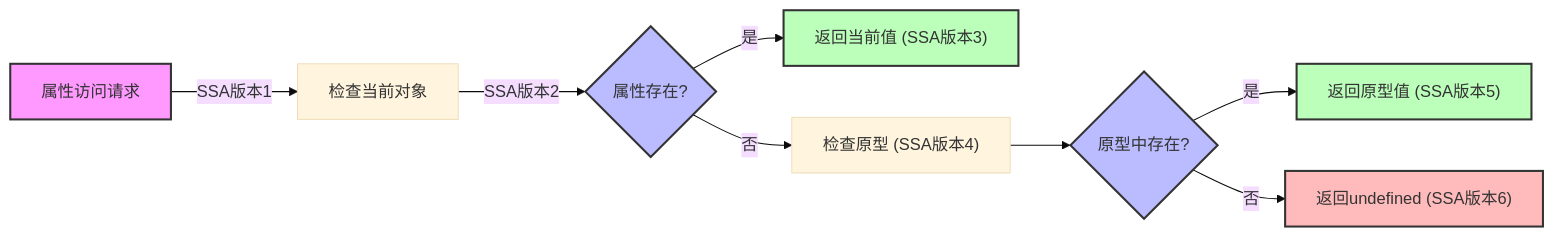
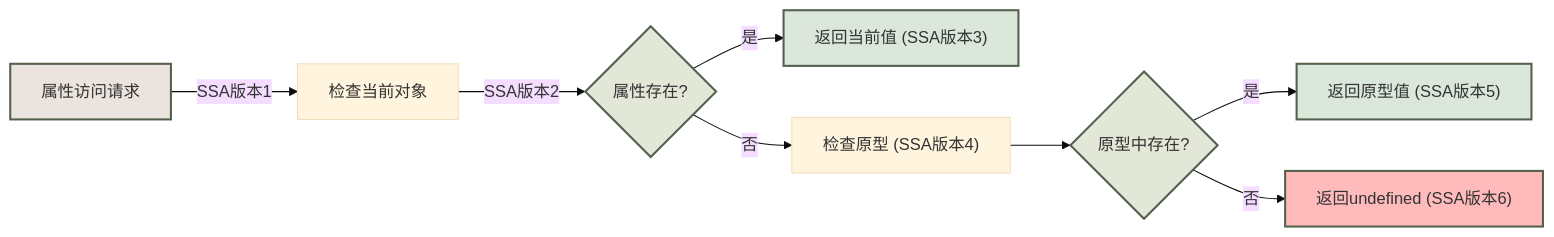
Before and after one commit to yaklang/ssa.to: the seventh of 12 diagrams in static-analysis-guide/deep-dive-into-ssa-oop.mdx, drawn with Mermaid (base theme). The commit also changed other lines of this file and 91 other files, not shown here.

````diff
--- a/static-analysis-guide/deep-dive-into-ssa-oop.mdx
+++ b/static-analysis-guide/deep-dive-into-ssa-oop.mdx
@@ -780,17 +788,17 @@
 ```mermaid
 graph LR
     A["属性访问请求"] -->|"SSA版本1"| B["检查当前对象"]
     B -->|"SSA版本2"| C{"属性存在?"}
     C -->|"是"| D["返回当前值 (SSA版本3)"]
     C -->|"否"| E["检查原型 (SSA版本4)"]
     E --> F{"原型中存在?"}
     F -->|"是"| G["返回原型值 (SSA版本5)"]
     F -->|"否"| H["返回undefined (SSA版本6)"]
 
-    style A fill:#f9f,stroke:#333,stroke-width:2px
-    style C fill:#bbf,stroke:#333,stroke-width:2px
-    style F fill:#bbf,stroke:#333,stroke-width:2px
-    style D fill:#bfb,stroke:#333,stroke-width:2px
-    style G fill:#bfb,stroke:#333,stroke-width:2px
-    style H fill:#fbb,stroke:#333,stroke-width:2px
+    style A fill:#ebe3dd,stroke:#52604c,stroke-width:2px
+    style C fill:#e2e7d7,stroke:#52604c,stroke-width:2px
+    style F fill:#e2e7d7,stroke:#52604c,stroke-width:2px
+    style D fill:#dce7dc,stroke:#52604c,stroke-width:2px
+    style G fill:#dce7dc,stroke:#52604c,stroke-width:2px
+    style H fill:#fbb,stroke:#52604c,stroke-width:2px
 ```
````
